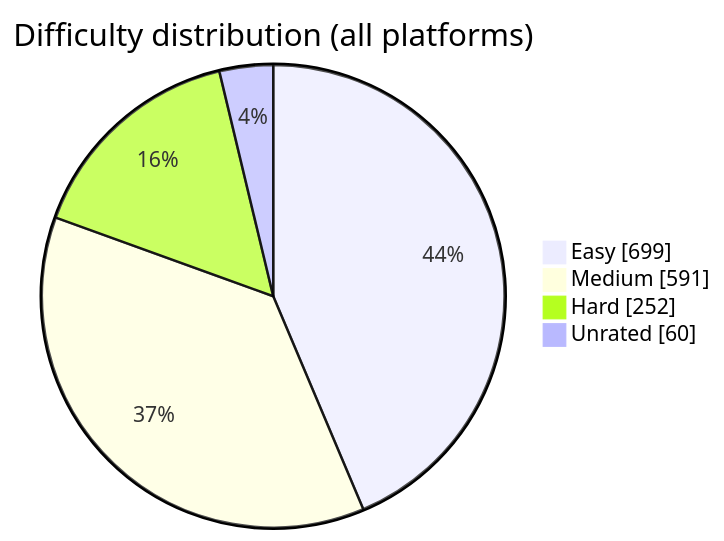
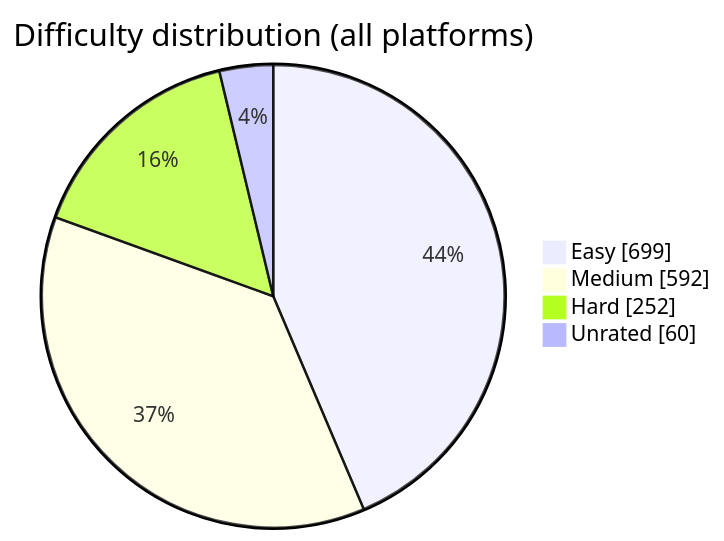
Before and after one commit to BuildbyArindam/Daily-Coding-Log: the diagram in README.md, drawn with Mermaid. The commit also changed other lines of this file, not shown here.

````diff
--- a/README.md
+++ b/README.md
@@ -93,7 +93,7 @@
 ```mermaid
 pie showData title Difficulty distribution (all platforms)
     "Easy" : 699
-    "Medium" : 591
+    "Medium" : 592
     "Hard" : 252
     "Unrated" : 60
 ```
````
